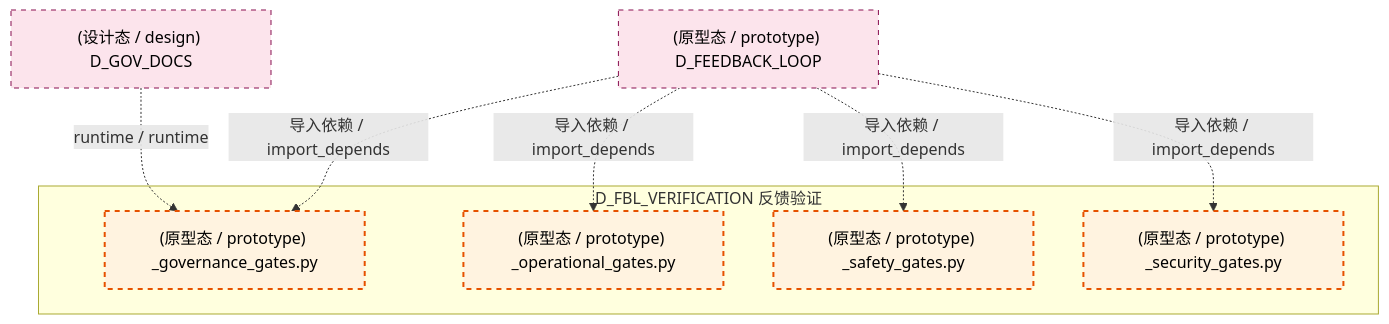
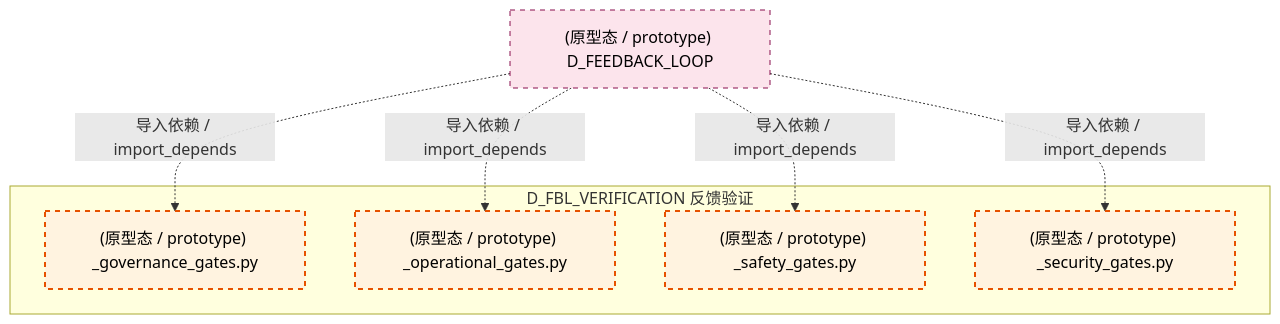
One commit to xuanFelixVan/ZephyrAlpha changed the fifth of 6 diagrams in docs/02_enterprise_architecture/02_domain_architecture_docs/13_d_fbl_verification.md. Above: the diagram before and after it, drawn with Mermaid. The commit also changed other lines of this file and 100 other files, not shown here.

````diff
--- a/docs/02_enterprise_architecture/02_domain_architecture_docs/13_d_fbl_verification.md
+++ b/docs/02_enterprise_architecture/02_domain_architecture_docs/13_d_fbl_verification.md
@@ -419,22 +417,20 @@
 ```mermaid
 graph TD
     subgraph D_FBL_VERIFICATION["D_FBL_VERIFICATION 反馈验证"]
         src_zephyr_feedback_loop_gates_governance_gates_py["(原型态 / prototype) _governance_gates.py"]
         src_zephyr_feedback_loop_gates_operational_gates_py["(原型态 / prototype) _operational_gates.py"]
         src_zephyr_feedback_loop_gates_safety_gates_py["(原型态 / prototype) _safety_gates.py"]
         src_zephyr_feedback_loop_gates_security_gates_py["(原型态 / prototype) _security_gates.py"]
     end
-    D_GOV_DOCS["(设计态 / design) D_GOV_DOCS"]
-    D_GOV_DOCS -.->|runtime / runtime| src_zephyr_feedback_loop_gates_governance_gates_py
     D_FEEDBACK_LOOP["(原型态 / prototype) D_FEEDBACK_LOOP"]
     D_FEEDBACK_LOOP -.->|导入依赖 / import_depends| src_zephyr_feedback_loop_gates_safety_gates_py
     D_FEEDBACK_LOOP -.->|导入依赖 / import_depends| src_zephyr_feedback_loop_gates_security_gates_py
     D_FEEDBACK_LOOP -.->|导入依赖 / import_depends| src_zephyr_feedback_loop_gates_governance_gates_py
     D_FEEDBACK_LOOP -.->|导入依赖 / import_depends| src_zephyr_feedback_loop_gates_operational_gates_py
     classDef production fill:#e1f5fe,stroke:#01579b,stroke-width:2px,color:#000
     classDef design fill:#fff3e0,stroke:#e65100,stroke-width:2px,color:#000,stroke-dasharray: 5 5
     classDef external_prod fill:#e8f5e9,stroke:#1b5e20,stroke-width:1px,color:#000
     classDef external_design fill:#fce4ec,stroke:#880e4f,stroke-width:1px,color:#000,stroke-dasharray: 5 5
     class src_zephyr_feedback_loop_gates_governance_gates_py,src_zephyr_feedback_loop_gates_operational_gates_py,src_zephyr_feedback_loop_gates_safety_gates_py,src_zephyr_feedback_loop_gates_security_gates_py design
-    class D_GOV_DOCS,D_FEEDBACK_LOOP external_design
+    class D_FEEDBACK_LOOP external_design
 ```
````
